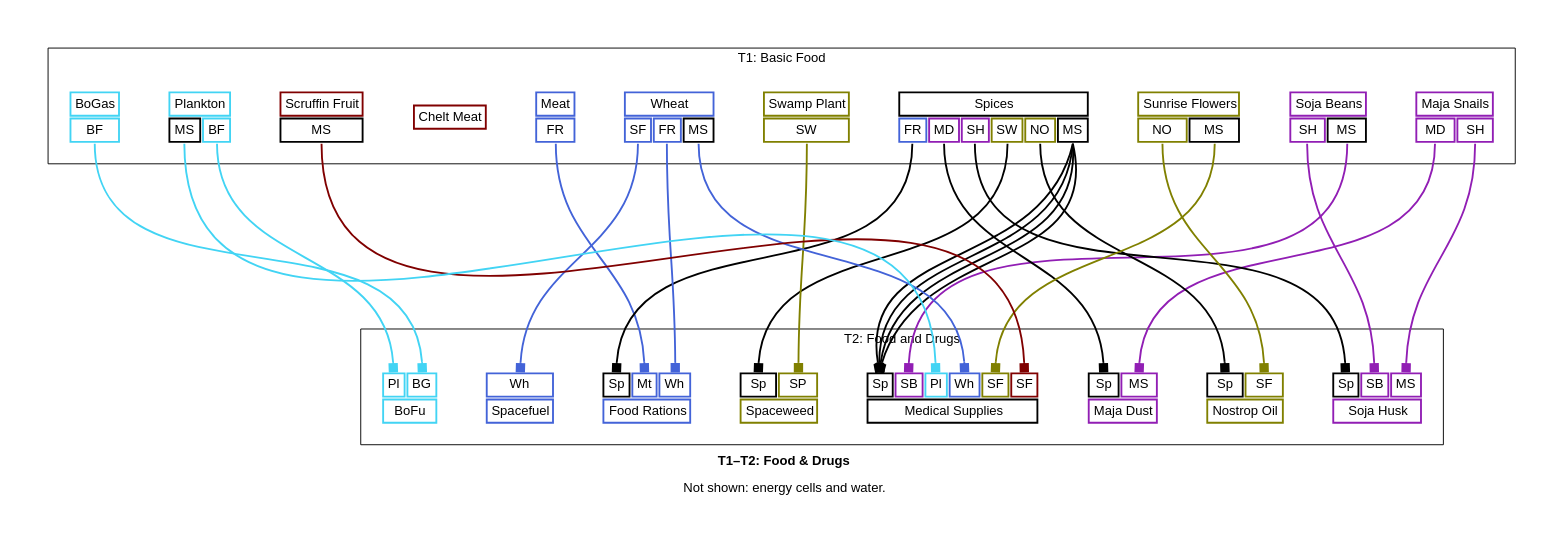
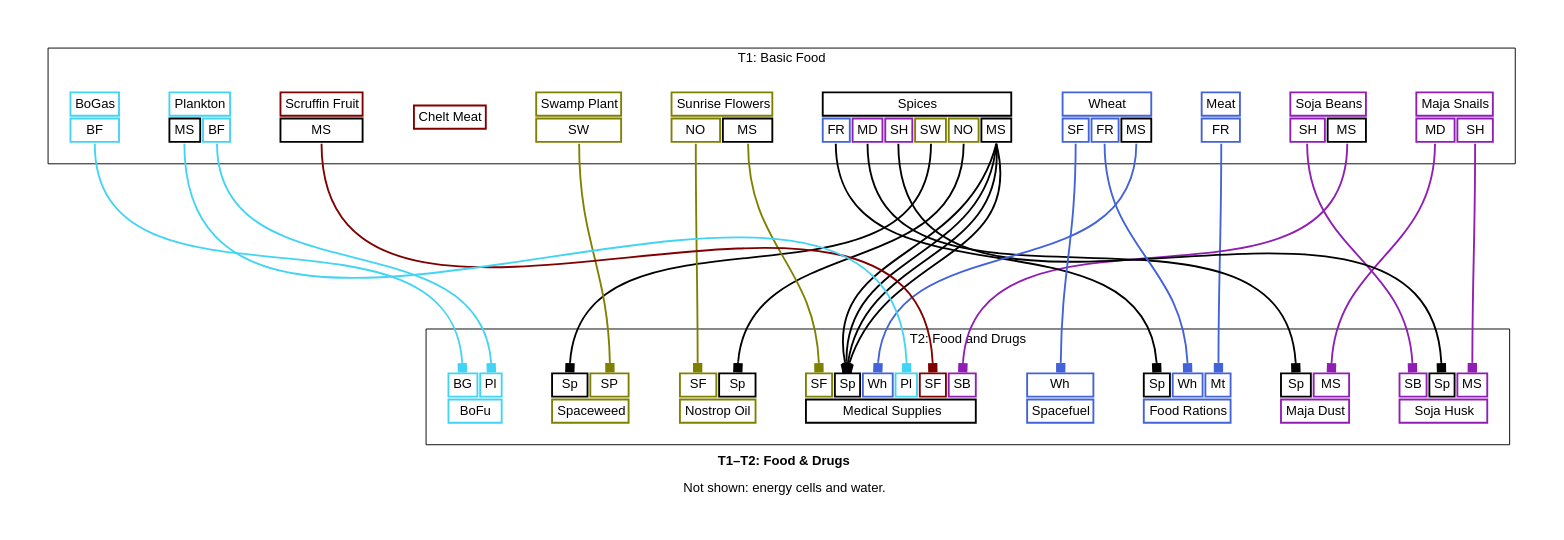
Before and after one commit to borntyping/x4-diagrams: the diagram in docs/t1_t2_food_drugs_graph_simplified.dot, drawn with Graphviz. The commit also changed other lines of this file and 46 other files, not shown here.

```diff
--- a/docs/t1_t2_food_drugs_graph_simplified.dot
+++ b/docs/t1_t2_food_drugs_graph_simplified.dot
@@ -188,9 +188,9 @@
       
         <td align="text" bgcolor="white" color="#000000" port="spices">Sp</td>
       
+        <td align="text" bgcolor="white" color="#4363d8" port="wheat">Wh</td>
+      
         <td align="text" bgcolor="white" color="#4363d8" port="meat">Mt</td>
-      
-        <td align="text" bgcolor="white" color="#4363d8" port="wheat">Wh</td>
       
     </tr>
   
@@ -218,9 +218,9 @@
   
     <tr>
       
+        <td align="text" bgcolor="white" color="#911eb4" port="soja_beans">SB</td>
+      
         <td align="text" bgcolor="white" color="#000000" port="spices">Sp</td>
-      
-        <td align="text" bgcolor="white" color="#911eb4" port="soja_beans">SB</td>
       
         <td align="text" bgcolor="white" color="#911eb4" port="maja_snails">MS</td>
       
@@ -250,9 +250,9 @@
   
     <tr>
       
+        <td align="text" bgcolor="white" color="#808000" port="sunrise_flowers">SF</td>
+      
         <td align="text" bgcolor="white" color="#000000" port="spices">Sp</td>
-      
-        <td align="text" bgcolor="white" color="#808000" port="sunrise_flowers">SF</td>
       
     </tr>
   
@@ -265,17 +265,17 @@
   
     <tr>
       
+        <td align="text" bgcolor="white" color="#808000" port="sunrise_flowers">SF</td>
+      
         <td align="text" bgcolor="white" color="#000000" port="spices">Sp</td>
       
-        <td align="text" bgcolor="white" color="#911eb4" port="soja_beans">SB</td>
+        <td align="text" bgcolor="white" color="#4363d8" port="wheat">Wh</td>
       
         <td align="text" bgcolor="white" color="#42d4f4" port="plankton">Pl</td>
       
-        <td align="text" bgcolor="white" color="#4363d8" port="wheat">Wh</td>
+        <td align="text" bgcolor="white" color="#800000" port="scruffin_fruits">SF</td>
       
-        <td align="text" bgcolor="white" color="#808000" port="sunrise_flowers">SF</td>
-      
-        <td align="text" bgcolor="white" color="#800000" port="scruffin_fruits">SF</td>
+        <td align="text" bgcolor="white" color="#911eb4" port="soja_beans">SB</td>
       
     </tr>
   
@@ -288,9 +288,9 @@
   
     <tr>
       
+        <td align="text" bgcolor="white" color="#42d4f4" port="bogas">BG</td>
+      
         <td align="text" bgcolor="white" color="#42d4f4" port="plankton">Pl</td>
-      
-        <td align="text" bgcolor="white" color="#42d4f4" port="bogas">BG</td>
       
     </tr>
   
```
